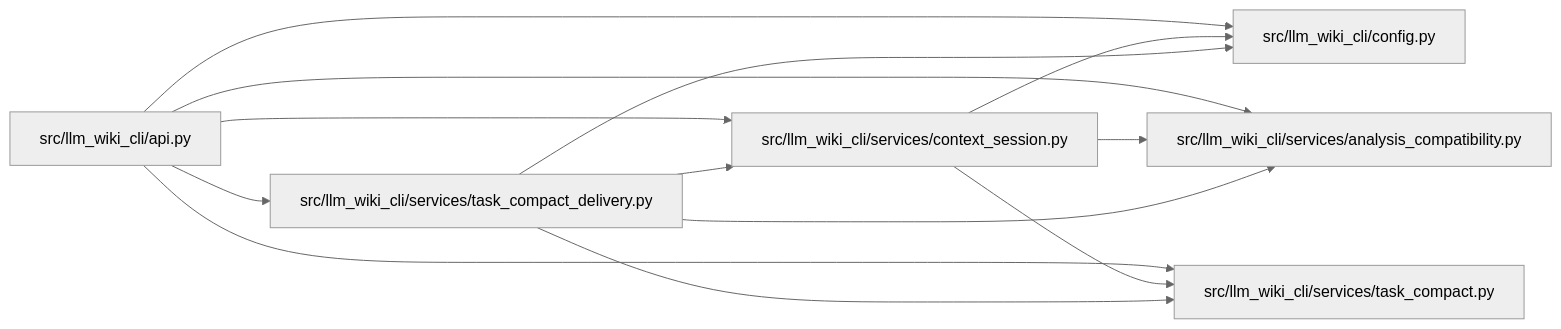
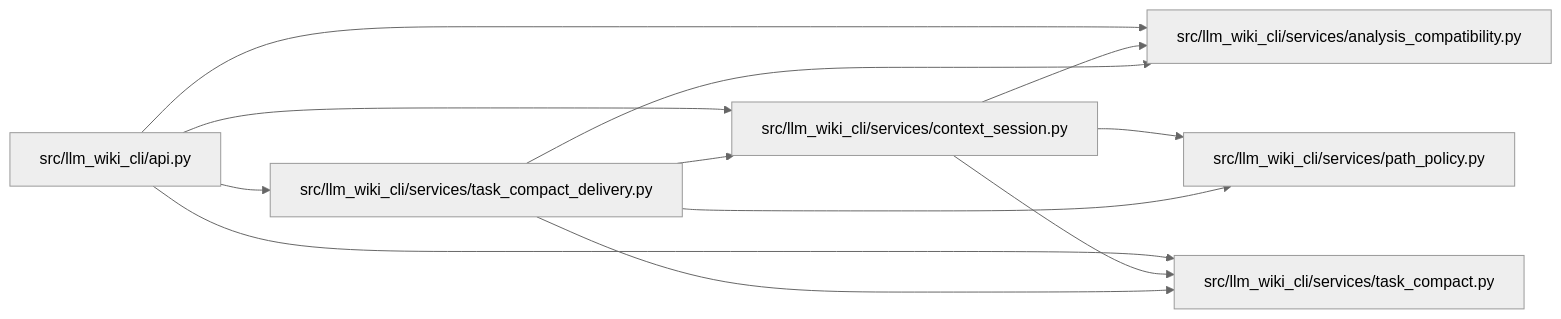
One commit to Denissvgn/python-wiki-llm changed the diagram in docs/llm_wiki/modules/task_compact_delivery.md. Above: the diagram before and after it, drawn with Mermaid (neutral theme). The commit also changed other lines of this file and 1555 other files, not shown here.

````diff
--- a/docs/llm_wiki/modules/task_compact_delivery.md
+++ b/docs/llm_wiki/modules/task_compact_delivery.md
@@ -22,27 +22,26 @@
 ```mermaid
 flowchart LR
     n0["src/llm_wiki_cli/api.py"]
-    n1["src/llm_wiki_cli/config.py"]
-    n2["src/llm_wiki_cli/services/analysis_compatibility.py"]
-    n3["src/llm_wiki_cli/services/context_session.py"]
+    n1["src/llm_wiki_cli/services/analysis_compatibility.py"]
+    n2["src/llm_wiki_cli/services/context_session.py"]
+    n3["src/llm_wiki_cli/services/path_policy.py"]
     n4["src/llm_wiki_cli/services/task_compact.py"]
     n5["src/llm_wiki_cli/services/task_compact_delivery.py"]
     n0 --> n1
     n0 --> n2
-    n0 --> n3
     n0 --> n4
     n0 --> n5
-    n3 --> n1
-    n3 --> n2
-    n3 --> n4
+    n2 --> n1
+    n2 --> n3
+    n2 --> n4
     n5 --> n1
     n5 --> n2
     n5 --> n3
     n5 --> n4
     click n0 "../modules/api.md"
-    click n1 "../modules/config.md"
-    click n2 "../modules/analysis_compatibility.md"
-    click n3 "../modules/context_session.md"
+    click n1 "../modules/analysis_compatibility.md"
+    click n2 "../modules/context_session.md"
+    click n3 "../modules/path_policy.md"
     click n4 "../modules/task_compact.md"
     click n5 "../modules/task_compact_delivery.md"
 ```
````
